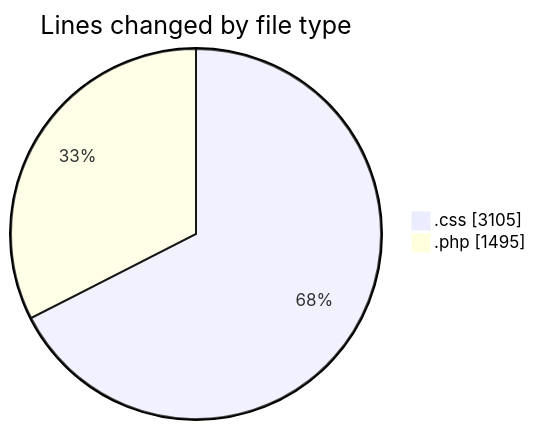
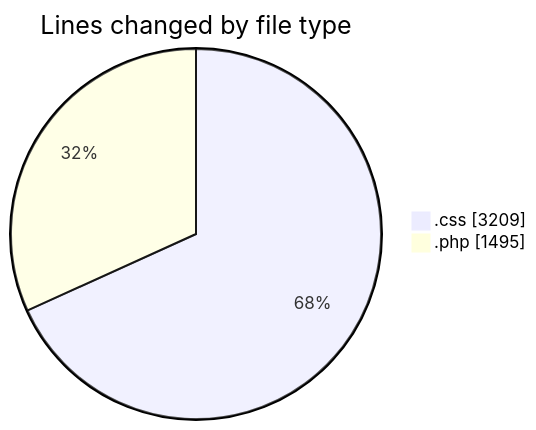
The first of 2 diagrams in 2026-07-22/untitled__workspace_/README.md (debugP/code-tracking), drawn with Mermaid before and after one commit. The commit also changed other lines of this file and 1 other file, not shown here.

````diff
--- a/2026-07-22/untitled__workspace_/README.md
+++ b/2026-07-22/untitled__workspace_/README.md
@@ -22,6 +22,6 @@
 ```mermaid
 pie showData
 title Lines changed by file type
-".css" : 3105
+".css" : 3209
 ".php" : 1495
 ```
````
